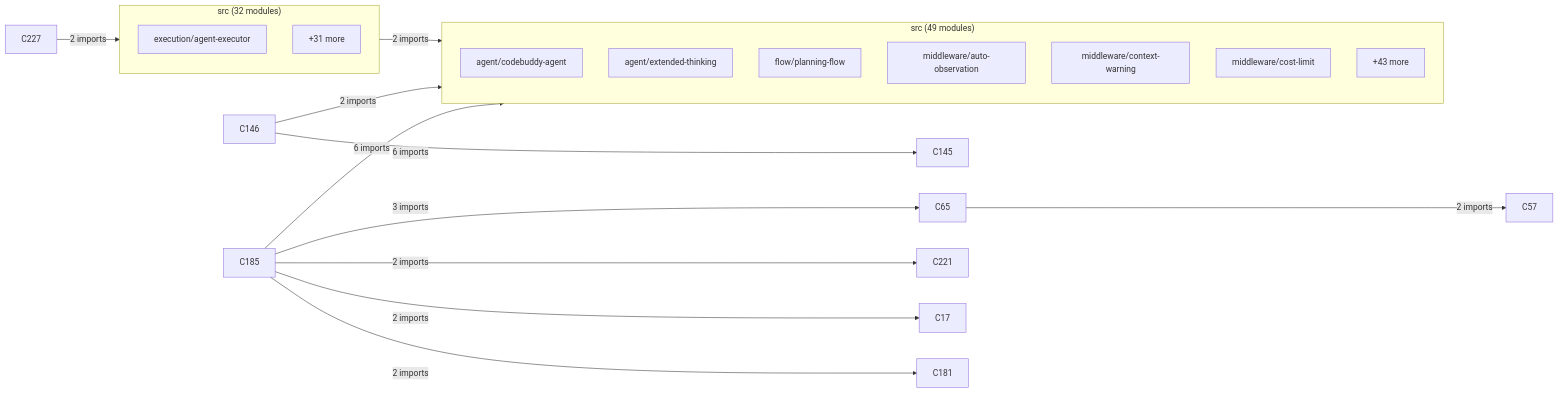
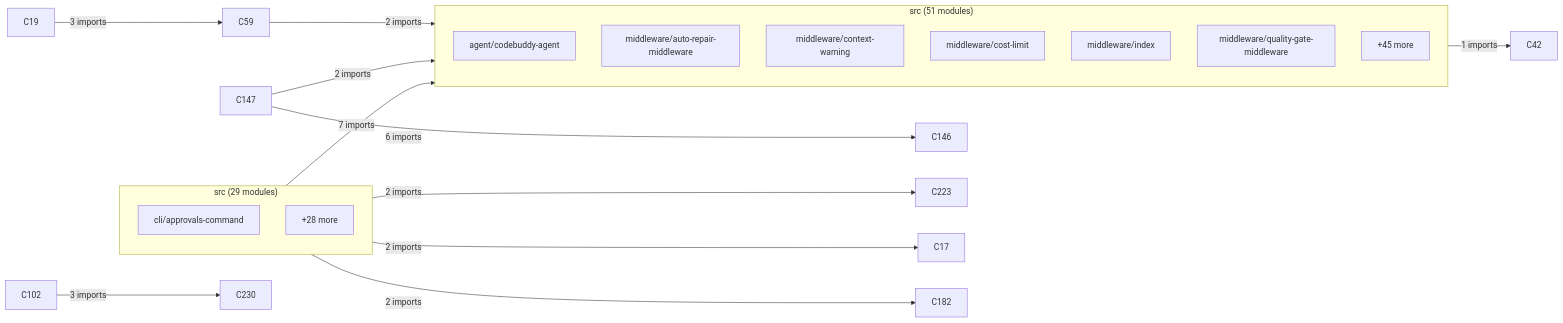
One commit to Zeeeepa/code-buddy changed diagram 38 of 38 in .codebuddy/docs/3-subsystems.md. Above: the diagram before and after it, drawn with Mermaid. The commit also changed other lines of this file and 15 other files, not shown here.

````diff
--- a/.codebuddy/docs/3-subsystems.md
+++ b/.codebuddy/docs/3-subsystems.md
@@ -937,26 +991,26 @@
 ```mermaid
 graph LR
-  subgraph C15["src (49 modules)"]
+  subgraph C15["src (51 modules)"]
     N0["agent/codebuddy-agent"]
-    N1["agent/extended-thinking"]
-    N2["flow/planning-flow"]
-    N3["middleware/auto-observation"]
-    N4["middleware/context-warning"]
-    N5["middleware/cost-limit"]
-    more_15["+43 more"]
+    N1["middleware/auto-repair-middleware"]
+    N2["middleware/context-warning"]
+    N3["middleware/cost-limit"]
+    N4["middleware/index"]
+    N5["middleware/quality-gate-middleware"]
+    more_15["+45 more"]
   end
-  subgraph C19["src (32 modules)"]
-    N6["execution/agent-executor"]
-    more_19["+31 more"]
+  subgraph C186["src (29 modules)"]
+    N6["cli/approvals-command"]
+    more_186["+28 more"]
   end
-  C146 -->|"6 imports"| C145
-  C185 -->|"6 imports"| C15
-  C185 -->|"3 imports"| C65
-  C146 -->|"2 imports"| C15
-  C19 -->|"2 imports"| C15
-  C227 -->|"2 imports"| C19
-  C185 -->|"2 imports"| C221
-  C185 -->|"2 imports"| C17
-  C185 -->|"2 imports"| C181
-  C65 -->|"2 imports"| C57
+  C186 -->|"7 imports"| C15
+  C147 -->|"6 imports"| C146
+  C19 -->|"3 imports"| C59
+  C102 -->|"3 imports"| C230
+  C147 -->|"2 imports"| C15
+  C186 -->|"2 imports"| C223
+  C186 -->|"2 imports"| C17
+  C186 -->|"2 imports"| C182
+  C59 -->|"2 imports"| C15
+  C15 -->|"1 imports"| C42
 ```
````
